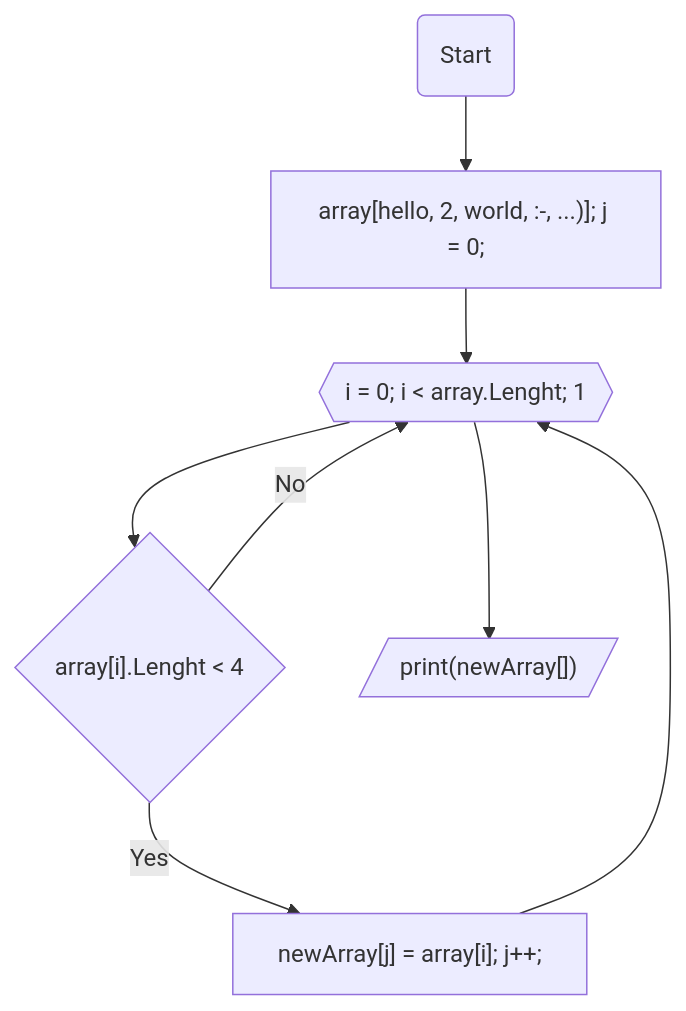
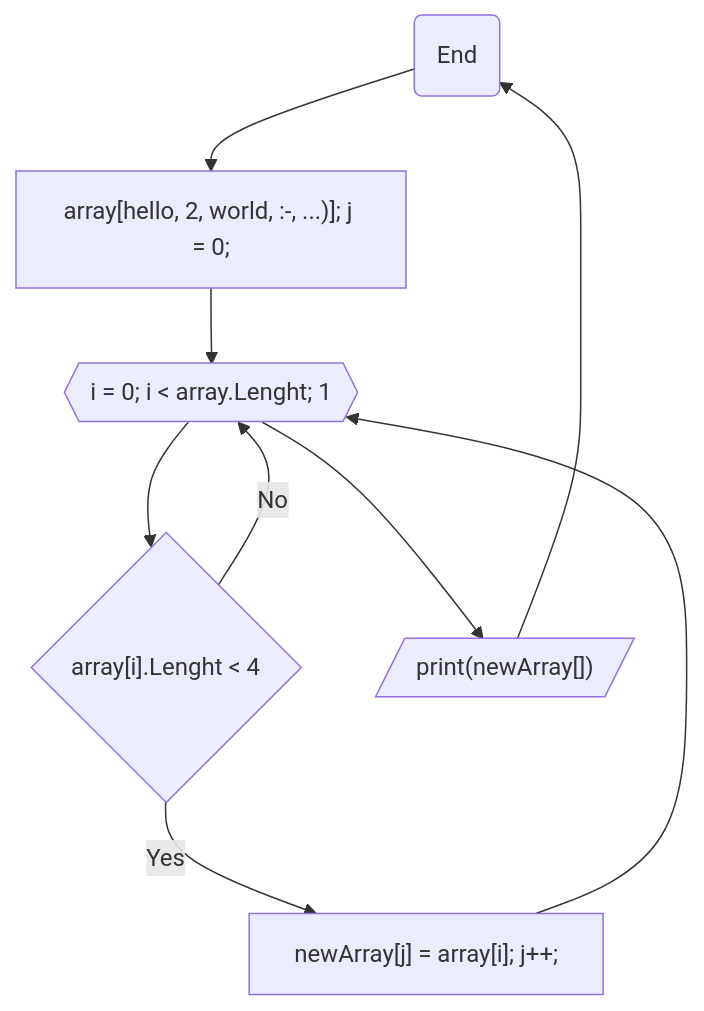
One commit to Adalberto777/FinalTestWork changed the diagram in README.md. Above: the diagram before and after it, drawn with Mermaid.

Commit message:
block diagram

````diff
--- a/README.md
+++ b/README.md
@@ -14,10 +14,11 @@
 ```mermaid
   graph TB;       
     node1(Start)  --> node2["array[hello, 2, world, :-, ...)]; j = 0;"];
     node2["array[hello, 2, world, :-, ...)]; j = 0;"] --> node3{{"i = 0; i < array.Lenght; 1"}};
     node3{{"i = 0; i < array.Lenght; 1"}} --> node4{"array[i].Lenght < 4"};
     node4{"array[i].Lenght < 4"} -- Yes --> node5["newArray[j] = array[i]; j++;"];
     node5["newArray[j] = array[i]; j++;"] --> node3{{"i = 0; i < array.Lenght; 1"}};
     node4{"array[i].Lenght < 4"} -- No --> node3{{"i=0; i<array.Lenght;1"}};
     node3{{"i = 0; i < array.Lenght; 1"}} --> node6[/"print(newArray[])"/];
+    node6[/"print(newArray[])"/] --> node1("End");
 ```
````
